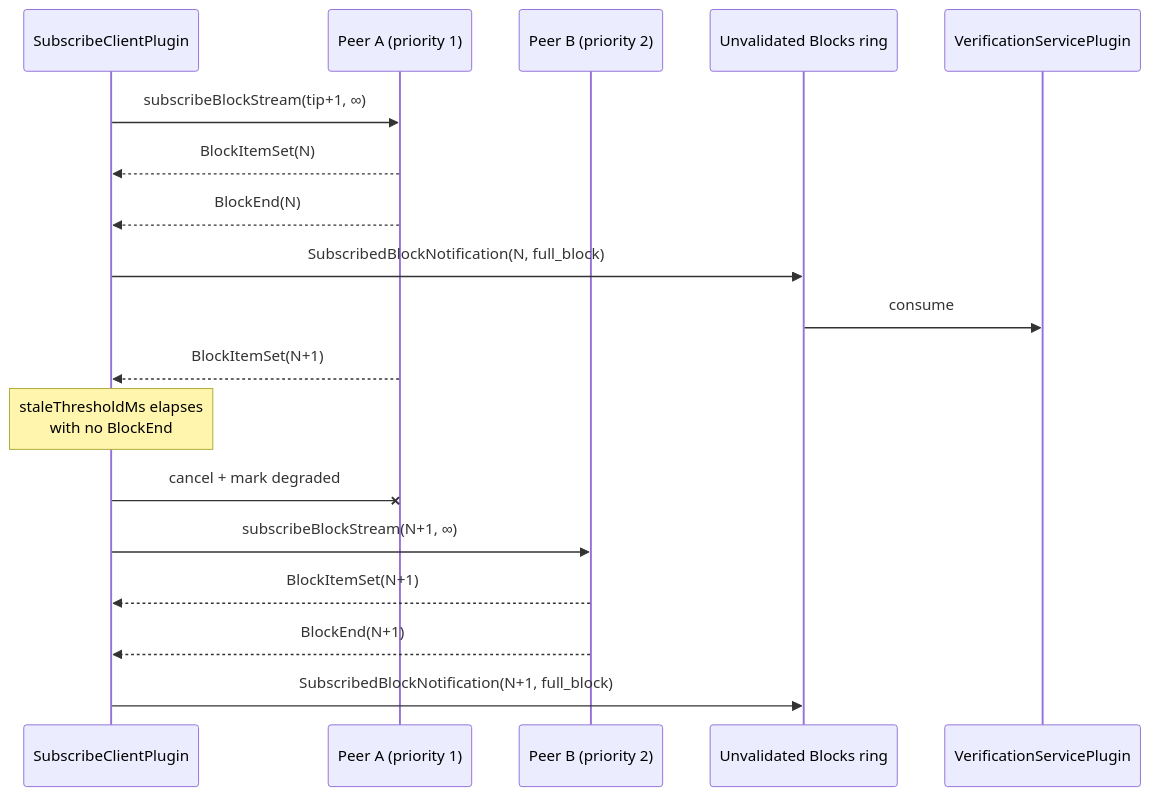
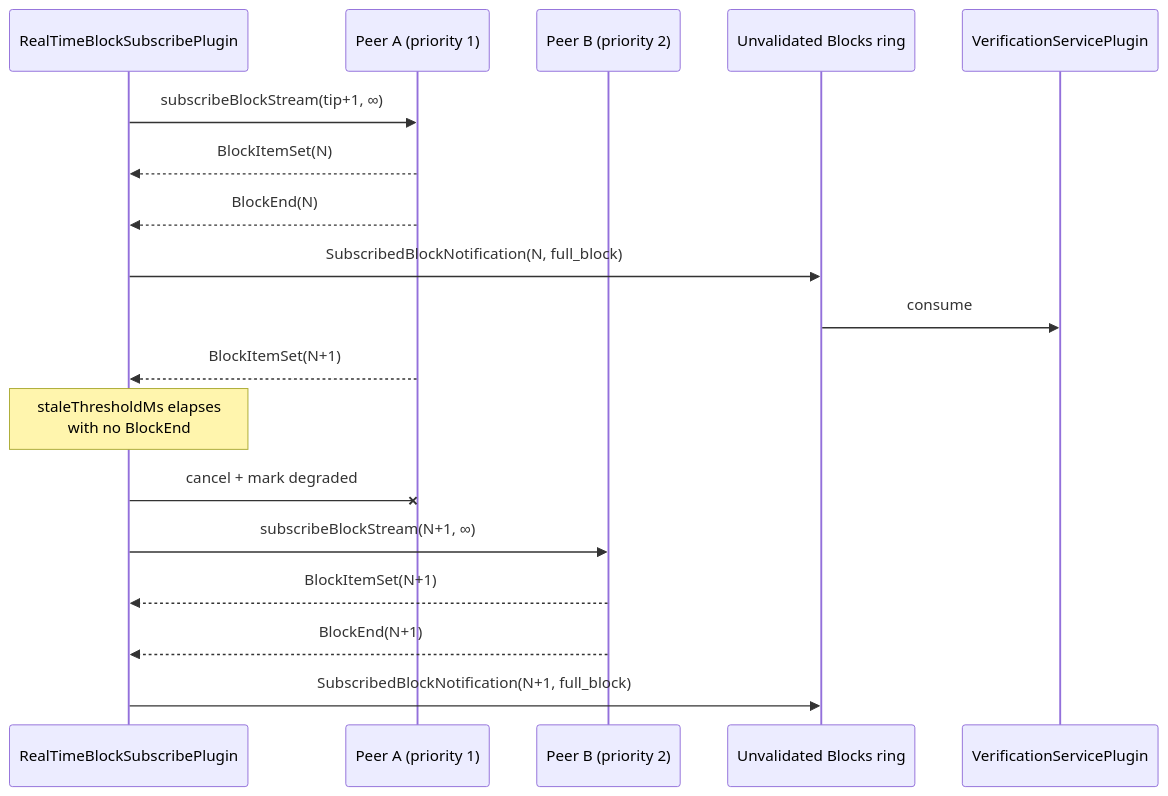
Before and after one commit to hiero-ledger/hiero-block-node: the second of 2 diagrams in docs/design/streaming/subscribe-client-plugin.md, drawn with Mermaid. The commit also changed other lines of this file, not shown here.

First line of the commit message:
docs(streaming): mirror the scaffold's identifier rename (SubscribeClient -> RealTimeBlockSubscribe)

````diff
--- a/docs/design/streaming/subscribe-client-plugin.md
+++ b/docs/design/streaming/subscribe-client-plugin.md
@@ -510,21 +510,21 @@
 ```mermaid
 sequenceDiagram
-    participant SC as SubscribeClientPlugin
+    participant SC as RealTimeBlockSubscribePlugin
     participant P1 as Peer A (priority 1)
     participant P2 as Peer B (priority 2)
     participant UR as Unvalidated Blocks ring
     participant VER as VerificationServicePlugin
 
     SC->>P1: subscribeBlockStream(tip+1, ∞)
     P1-->>SC: BlockItemSet(N)
     P1-->>SC: BlockEnd(N)
     SC->>UR: SubscribedBlockNotification(N, full_block)
     UR->>VER: consume
     P1-->>SC: BlockItemSet(N+1)
     Note over SC: staleThresholdMs elapses<br/>with no BlockEnd
     SC-x P1: cancel + mark degraded
     SC->>P2: subscribeBlockStream(N+1, ∞)
     P2-->>SC: BlockItemSet(N+1)
     P2-->>SC: BlockEnd(N+1)
     SC->>UR: SubscribedBlockNotification(N+1, full_block)
 ```
````
